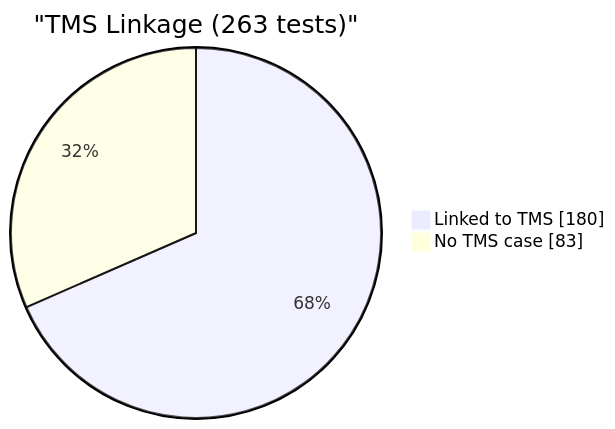
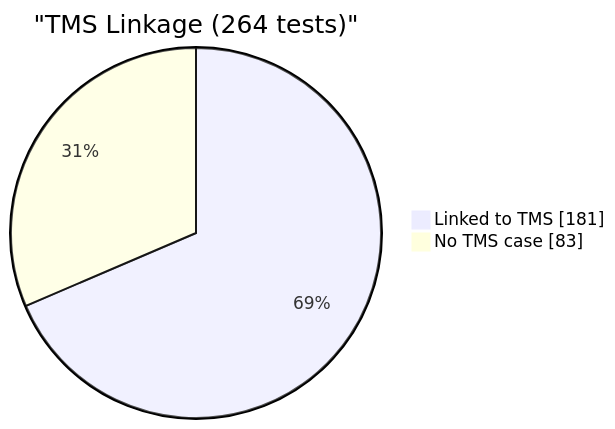
The fourth of 4 diagrams in reports/dashboard.md (EliteaAI/onetest-ai-tm-Elitea), drawn with Mermaid before and after one commit. The commit also changed other lines of this file and 1 other file, not shown here.

````diff
--- a/reports/dashboard.md
+++ b/reports/dashboard.md
@@ -77,6 +76,6 @@
 ```mermaid
 pie showData
-    title "TMS Linkage (263 tests)"
-    "Linked to TMS" : 180
+    title "TMS Linkage (264 tests)"
+    "Linked to TMS" : 181
     "No TMS case" : 83
 ```
````
